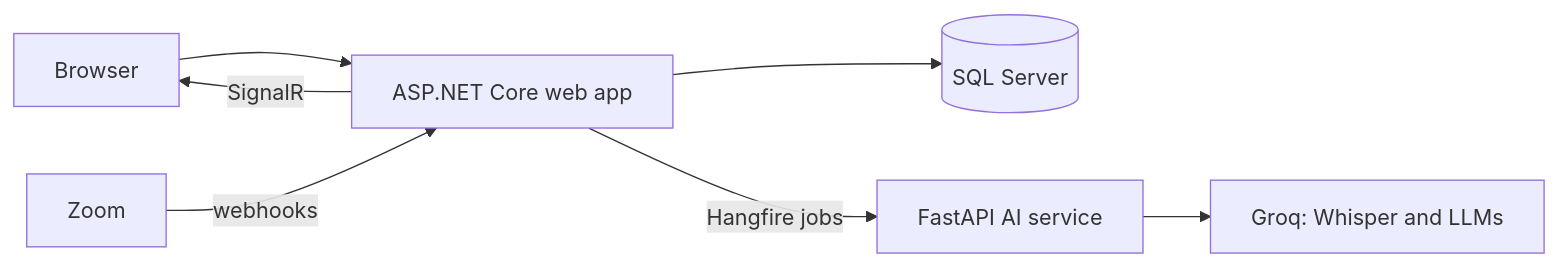
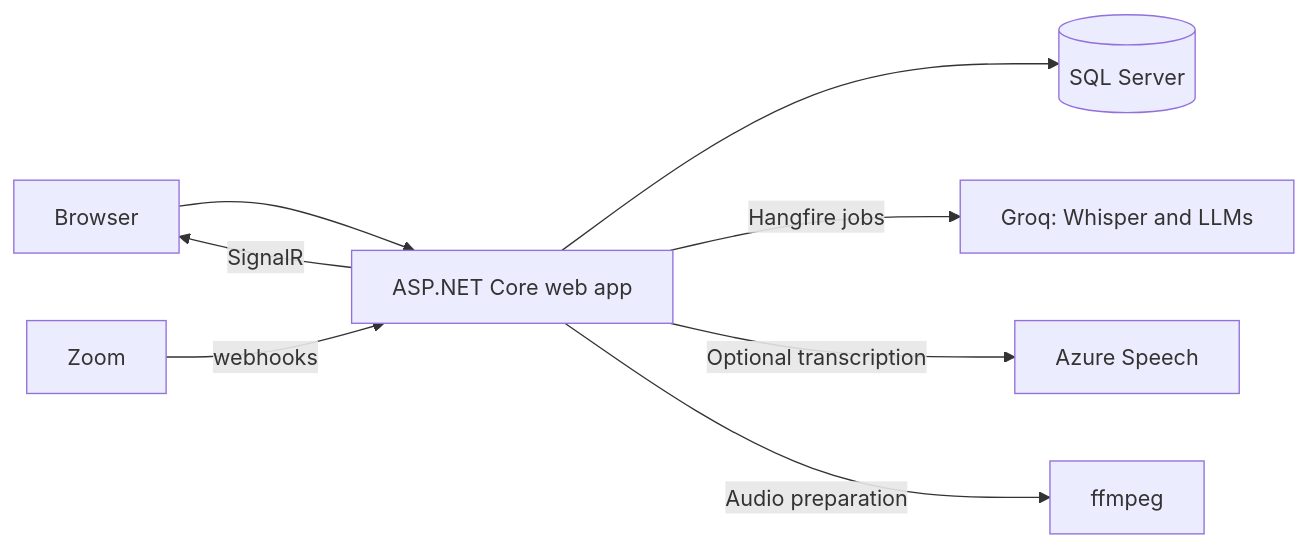
The diagram in README.md (sametulas57/BriefynAI), drawn with Mermaid before and after one commit. The commit also changed other lines of this file and 33 other files, not shown here.

````diff
--- a/README.md
+++ b/README.md
@@ -21,9 +21,10 @@
 ```mermaid
 flowchart LR
     U[Browser] --> W[ASP.NET Core web app]
     Z[Zoom] -->|webhooks| W
     W --> D[(SQL Server)]
-    W -->|Hangfire jobs| A[FastAPI AI service]
-    A --> G[Groq: Whisper and LLMs]
+    W -->|Hangfire jobs| G[Groq: Whisper and LLMs]
+    W -->|Optional transcription| A[Azure Speech]
+    W -->|Audio preparation| F[ffmpeg]
     W -->|SignalR| U
 ```
````
